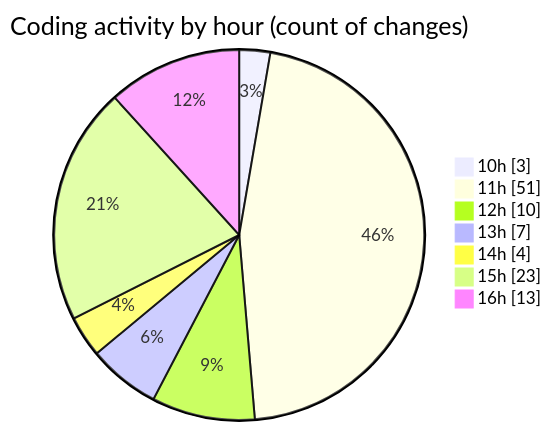
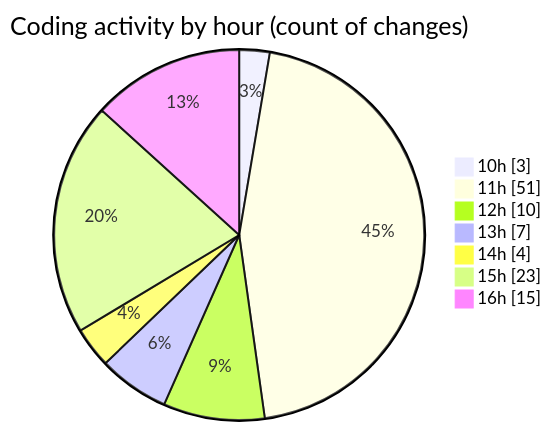
The second of 2 diagrams in 2025-07-11/argos/README.md (nxtqubesakshisongat/code-tracking), drawn with Mermaid before and after one commit. The commit also changed other lines of this file and 1 other file, not shown here.

````diff
--- a/2025-07-11/argos/README.md
+++ b/2025-07-11/argos/README.md
@@ -35,11 +35,11 @@
 ```mermaid
 pie showData
 title Coding activity by hour (count of changes)
 "10h" : 3
 "11h" : 51
 "12h" : 10
 "13h" : 7
 "14h" : 4
 "15h" : 23
-"16h" : 13
+"16h" : 15
 ```
````
